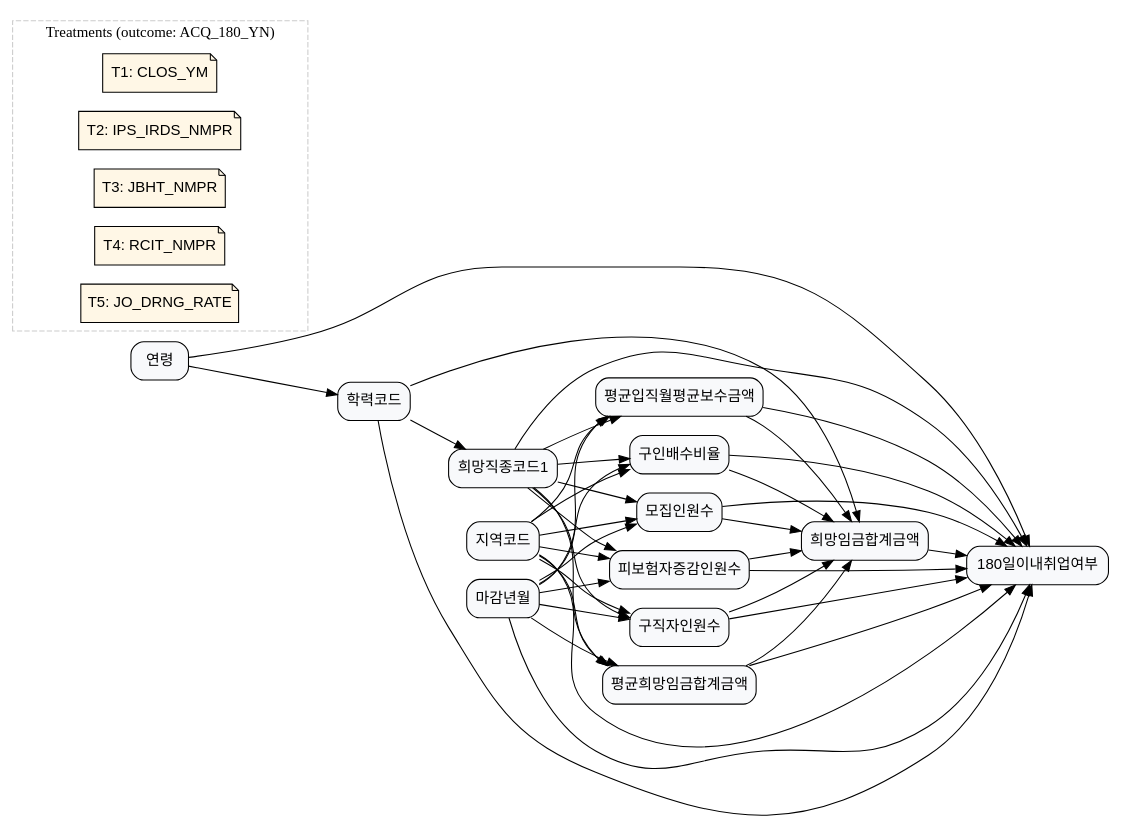
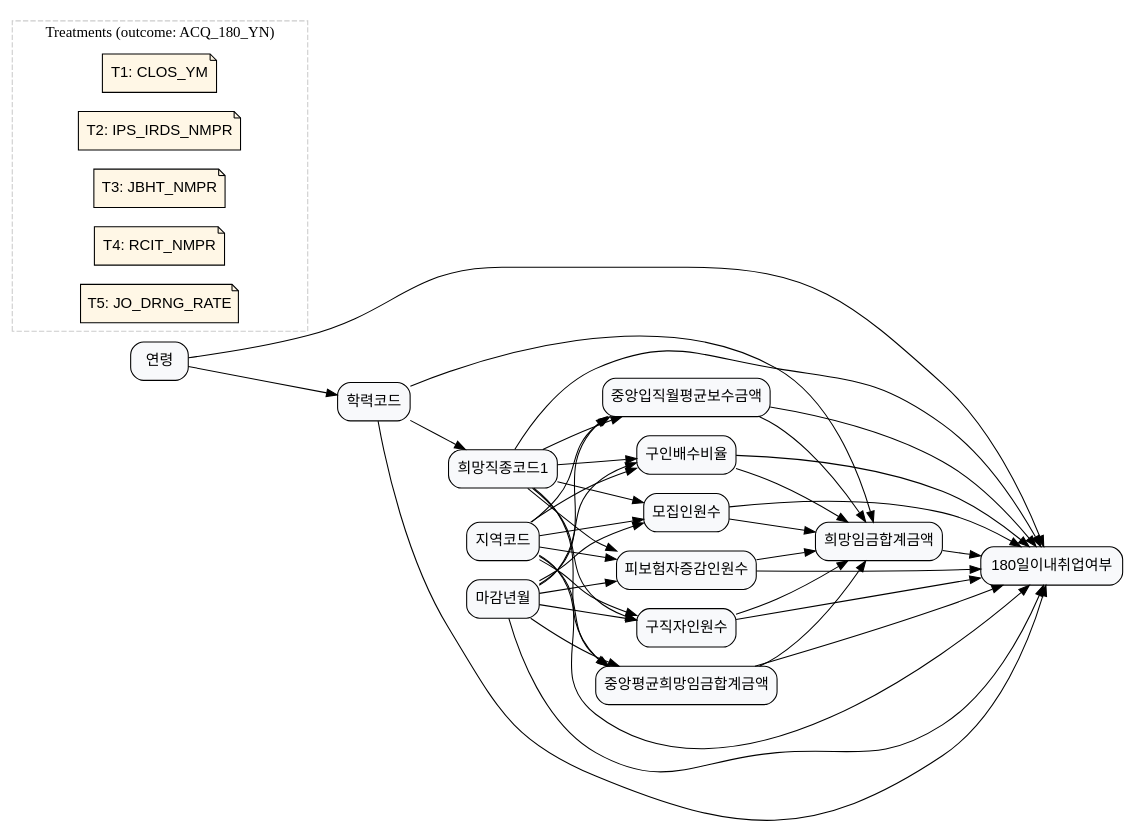
Before and after one commit to KU-LIM-Lab/dowhy-deep: the diagram in laborlab/data/graph_data/graph_16.dot, drawn with Graphviz. The commit also changed 21 other files, not shown here.

```diff
--- a/laborlab/data/graph_data/graph_16.dot
+++ b/laborlab/data/graph_data/graph_16.dot
@@ -1,112 +1,112 @@
 digraph {
     rankdir=LR;
     node [shape=box, style="rounded,filled", fillcolor="#F8F9FB", fontname="Helvetica"];
 
     ACCR_CD [label="학력코드"];
     ACQ_180_YN [label="180일이내취업여부"];
     AGE [label="연령"];
     AREA_CD [label="지역코드"];
-    AVG_HOPE_WAGE_SM_AMT [label="평균희망임금합계금액"];
-    AVG_OTIO_MYAV_RMNT_AMT [label="평균입직월평균보수금액"];
+    NTR_HOPE_WAGE_SM_AMT [label="중앙평균희망임금합계금액"];
+    NTR_OTIO_MYAV_RMNT_AMT [label="중앙입직월평균보수금액"];
     CLOS_YM [label="마감년월"];
     HOPE_JSCD1 [label="희망직종코드1"];
     HOPE_WAGE_SM_AMT [label="희망임금합계금액"];
     IPS_IRDS_NMPR [label="피보험자증감인원수"];
     JBHT_NMPR [label="구직자인원수"];
     JO_DRNG_RATE [label="구인배수비율"];
     RCIT_NMPR [label="모집인원수"];
 
     AGE -> ACCR_CD;
     ACCR_CD -> HOPE_JSCD1;
     ACCR_CD -> HOPE_WAGE_SM_AMT;
     AREA_CD -> IPS_IRDS_NMPR;
     AREA_CD -> JBHT_NMPR;
     AREA_CD -> RCIT_NMPR;
     AREA_CD -> JO_DRNG_RATE;
-    AREA_CD -> AVG_OTIO_MYAV_RMNT_AMT;
-    AREA_CD -> AVG_HOPE_WAGE_SM_AMT;
+    AREA_CD -> NTR_OTIO_MYAV_RMNT_AMT;
+    AREA_CD -> NTR_HOPE_WAGE_SM_AMT;
     HOPE_JSCD1 -> IPS_IRDS_NMPR;
     HOPE_JSCD1 -> JBHT_NMPR;
     HOPE_JSCD1 -> RCIT_NMPR;
     HOPE_JSCD1 -> JO_DRNG_RATE;
-    HOPE_JSCD1 -> AVG_OTIO_MYAV_RMNT_AMT;
-    HOPE_JSCD1 -> AVG_HOPE_WAGE_SM_AMT;
+    HOPE_JSCD1 -> NTR_OTIO_MYAV_RMNT_AMT;
+    HOPE_JSCD1 -> NTR_HOPE_WAGE_SM_AMT;
     CLOS_YM -> IPS_IRDS_NMPR;
     CLOS_YM -> JBHT_NMPR;
     CLOS_YM -> RCIT_NMPR;
     CLOS_YM -> JO_DRNG_RATE;
-    CLOS_YM -> AVG_OTIO_MYAV_RMNT_AMT;
-    CLOS_YM -> AVG_HOPE_WAGE_SM_AMT;
+    CLOS_YM -> NTR_OTIO_MYAV_RMNT_AMT;
+    CLOS_YM -> NTR_HOPE_WAGE_SM_AMT;
     IPS_IRDS_NMPR -> HOPE_WAGE_SM_AMT;
     JBHT_NMPR -> HOPE_WAGE_SM_AMT;
     RCIT_NMPR -> HOPE_WAGE_SM_AMT;
     JO_DRNG_RATE -> HOPE_WAGE_SM_AMT;
-    AVG_OTIO_MYAV_RMNT_AMT -> HOPE_WAGE_SM_AMT;
-    AVG_HOPE_WAGE_SM_AMT -> HOPE_WAGE_SM_AMT;
+    NTR_OTIO_MYAV_RMNT_AMT -> HOPE_WAGE_SM_AMT;
+    NTR_HOPE_WAGE_SM_AMT -> HOPE_WAGE_SM_AMT;
     IPS_IRDS_NMPR -> ACQ_180_YN;
     JBHT_NMPR -> ACQ_180_YN;
     RCIT_NMPR -> ACQ_180_YN;
     JO_DRNG_RATE -> ACQ_180_YN;
     CLOS_YM -> ACQ_180_YN;
-    AVG_OTIO_MYAV_RMNT_AMT -> ACQ_180_YN;
-    AVG_HOPE_WAGE_SM_AMT -> ACQ_180_YN;
+    NTR_OTIO_MYAV_RMNT_AMT -> ACQ_180_YN;
+    NTR_HOPE_WAGE_SM_AMT -> ACQ_180_YN;
     AREA_CD -> ACQ_180_YN;
     HOPE_JSCD1 -> ACQ_180_YN;
     HOPE_WAGE_SM_AMT -> ACQ_180_YN;
     AGE -> ACQ_180_YN;
     ACCR_CD -> ACQ_180_YN;
 
     // Treatments
     subgraph cluster_treatments {
         label="Treatments (outcome: ACQ_180_YN)";
         style=dashed;
         color="#CCCCCC";
         node [shape=note, style="rounded,filled", fillcolor="#FFF7E6", fontname="Helvetica"];
 
         T1 [
             label="T1: CLOS_YM",
             role="treatment_meta",
             treatment_var="CLOS_YM",
             treatment_name="CLOS_YM",
             treatment_def="마감년월(CLOS_YM) 수준 차이가 ACQ_180_YN(180일이내취업여부)에 미치는 인과효과",
             treatment_question="마감년월(CLOS_YM) 수준이 다른 구직자들의 6개월 내 취업 확률은 얼마나 다른가?"
         ];
 
         T2 [
             label="T2: IPS_IRDS_NMPR",
             role="treatment_meta",
             treatment_var="IPS_IRDS_NMPR",
             treatment_name="IPS_IRDS_NMPR",
             treatment_def="피보험자증감인원수(IPS_IRDS_NMPR) 수준 차이가 ACQ_180_YN(180일이내취업여부)에 미치는 인과효과",
             treatment_question="피보험자증감인원수(IPS_IRDS_NMPR) 수준이 다른 구직자들의 6개월 내 취업 확률은 얼마나 다른가?"
         ];
 
         T3 [
             label="T3: JBHT_NMPR",
             role="treatment_meta",
             treatment_var="JBHT_NMPR",
             treatment_name="JBHT_NMPR",
             treatment_def="구직자인원수(JBHT_NMPR) 수준 차이가 ACQ_180_YN(180일이내취업여부)에 미치는 인과효과",
             treatment_question="구직자인원수(JBHT_NMPR) 수준이 다른 구직자들의 6개월 내 취업 확률은 얼마나 다른가?"
         ];
 
         T4 [
             label="T4: RCIT_NMPR",
             role="treatment_meta",
             treatment_var="RCIT_NMPR",
             treatment_name="RCIT_NMPR",
             treatment_def="모집인원수(RCIT_NMPR) 수준 차이가 ACQ_180_YN(180일이내취업여부)에 미치는 인과효과",
             treatment_question="모집인원수(RCIT_NMPR) 수준이 다른 구직자들의 6개월 내 취업 확률은 얼마나 다른가?"
         ];
 
         T5 [
             label="T5: JO_DRNG_RATE",
             role="treatment_meta",
             treatment_var="JO_DRNG_RATE",
             treatment_name="JO_DRNG_RATE",
             treatment_def="구인배수비율(JO_DRNG_RATE) 수준 차이가 ACQ_180_YN(180일이내취업여부)에 미치는 인과효과",
             treatment_question="구인배수비율(JO_DRNG_RATE) 수준이 다른 구직자들의 6개월 내 취업 확률은 얼마나 다른가?"
         ];
 
     }
 }
```
